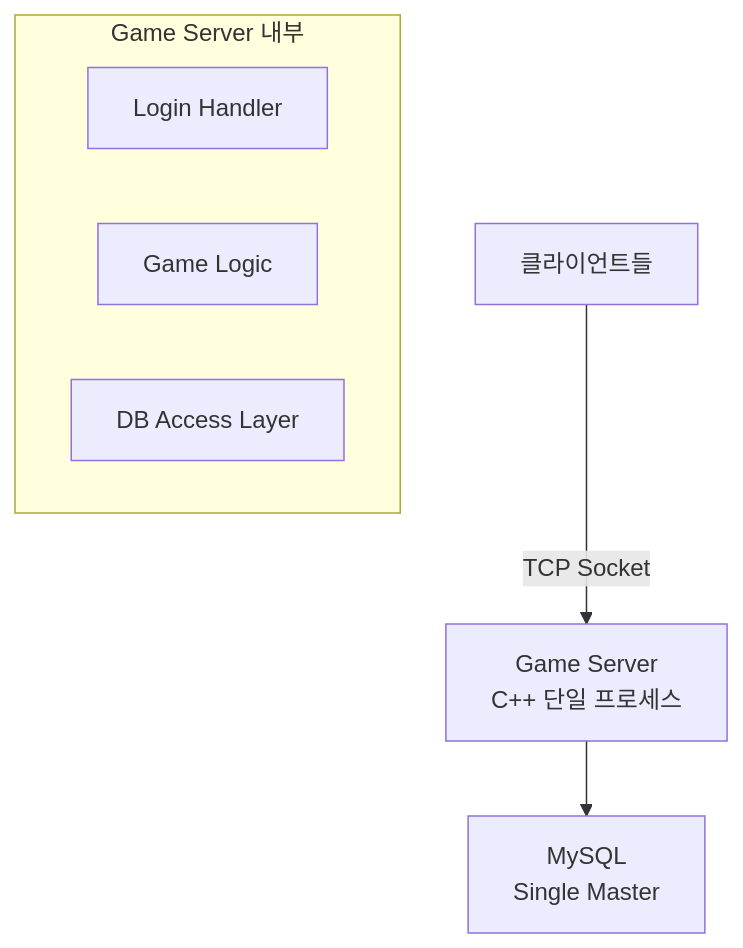
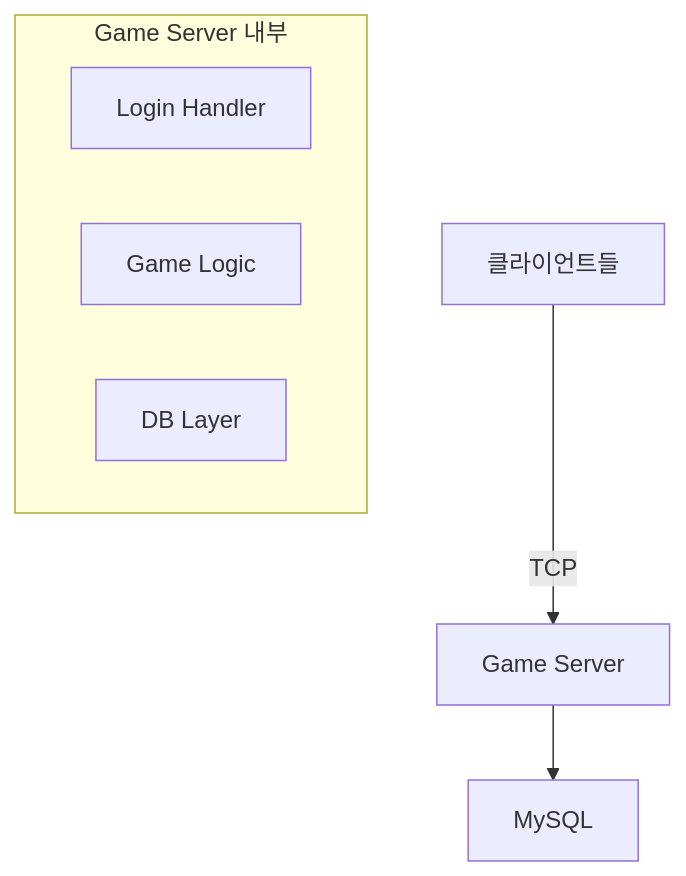
Before and after one commit to wlsqc123/IOCPFramework: the first of 4 diagrams in server_design/server_design3/p1_core_architecture.md, drawn with Mermaid. The commit also changed other lines of this file, not shown here.

First line of the commit message:
Update p1_core_architecture.md

````diff
--- a/server_design/server_design3/p1_core_architecture.md
+++ b/server_design/server_design3/p1_core_architecture.md
@@ -22,11 +17,11 @@
 ```mermaid
 graph TB
-    A[클라이언트들] -->|TCP Socket| B[Game Server<br/>C++ 단일 프로세스]
-    B --> C[MySQL<br/>Single Master]
+    A[클라이언트들] -->|TCP| B[Game Server]
+    B --> C[MySQL]
     
     subgraph "Game Server 내부"
         B1[Login Handler]
         B2[Game Logic]
-        B3[DB Access Layer]
+        B3[DB Layer]
     end
 ```
````
